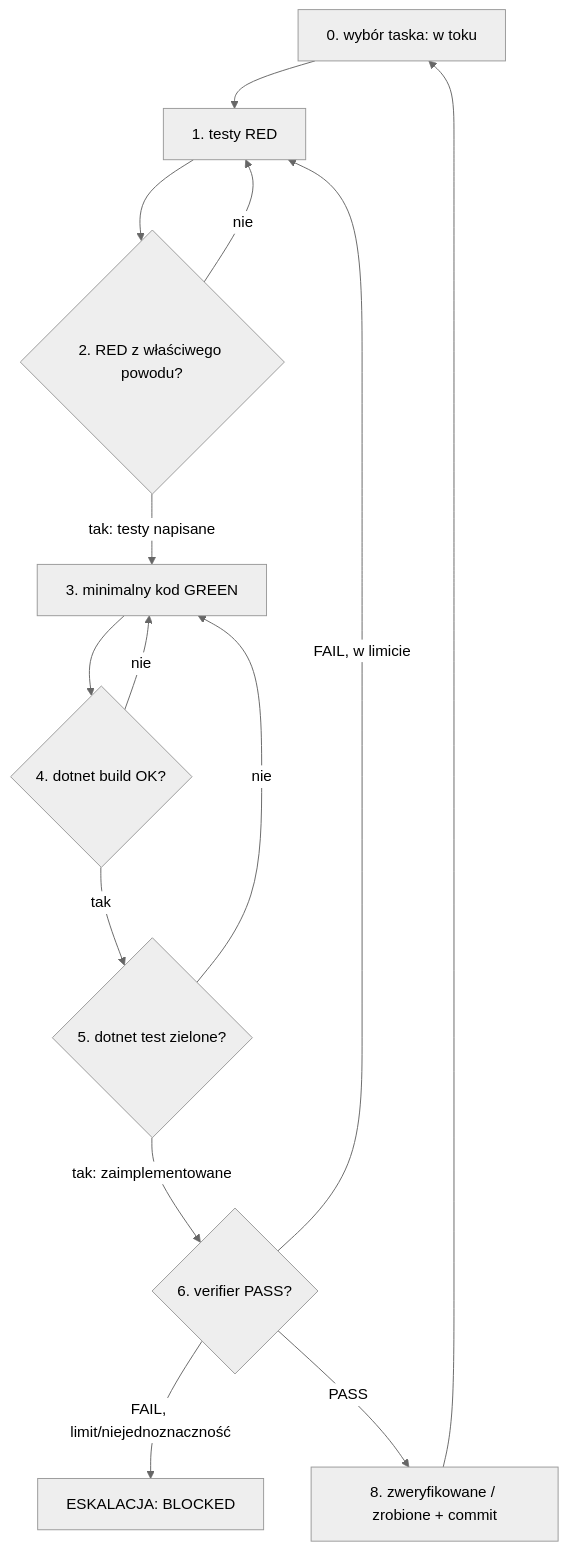
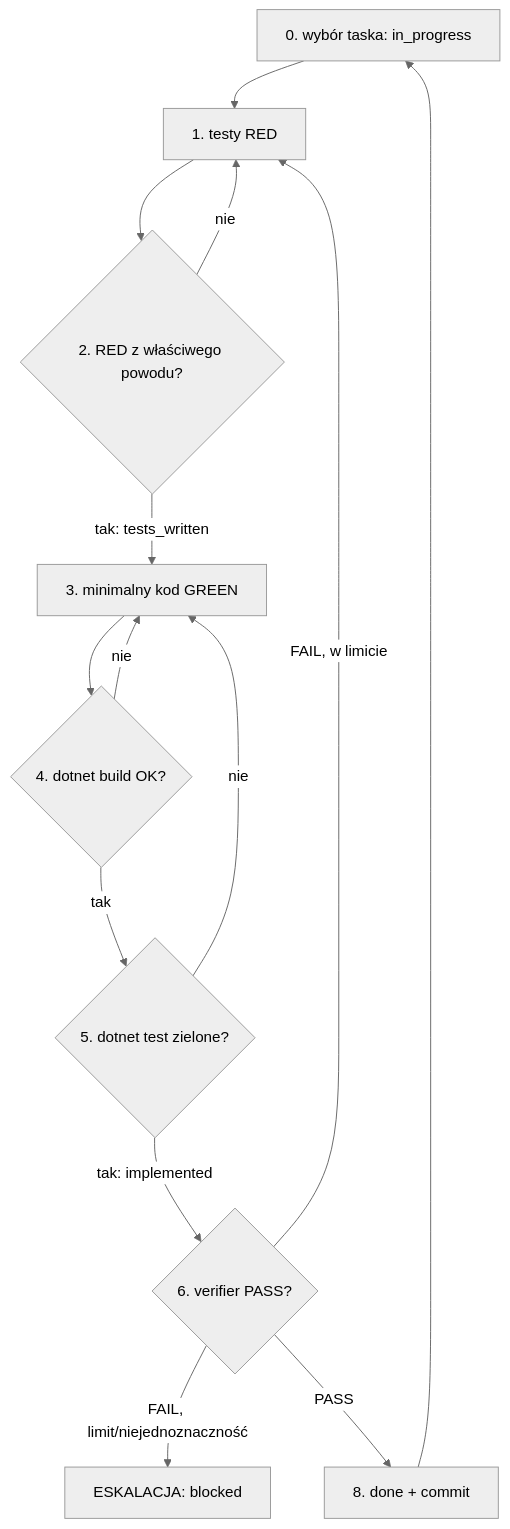
The diagram in backend-feature-workflow/.claude/skills/task-implementation-loop/SKILL.md (rtnk/AgenticWorkee), drawn with Mermaid (neutral theme) before and after one commit. The commit also changed other lines of this file and 21 other files, not shown here.

````diff
--- a/backend-feature-workflow/.claude/skills/task-implementation-loop/SKILL.md
+++ b/backend-feature-workflow/.claude/skills/task-implementation-loop/SKILL.md
@@ -97,16 +97,16 @@
 ```mermaid
 flowchart TD
-    S0[0. wybór taska: w toku] --> S1[1. testy RED]
+    S0[0. wybór taska: in_progress] --> S1[1. testy RED]
     S1 --> S2{2. RED z właściwego powodu?}
     S2 -- nie --> S1
-    S2 -- tak: testy napisane --> S3[3. minimalny kod GREEN]
+    S2 -- tak: tests_written --> S3[3. minimalny kod GREEN]
     S3 --> S4{4. dotnet build OK?}
     S4 -- nie --> S3
     S4 -- tak --> S5{5. dotnet test zielone?}
     S5 -- nie --> S3
-    S5 -- tak: zaimplementowane --> S6{6. verifier PASS?}
+    S5 -- tak: implemented --> S6{6. verifier PASS?}
     S6 -- FAIL, w limicie --> S1
-    S6 -- FAIL, limit/niejednoznaczność --> ESC[ESKALACJA: BLOCKED]
-    S6 -- PASS --> S8[8. zweryfikowane / zrobione + commit]
+    S6 -- FAIL, limit/niejednoznaczność --> ESC[ESKALACJA: blocked]
+    S6 -- PASS --> S8[8. done + commit]
     S8 --> S0
 ```
````
